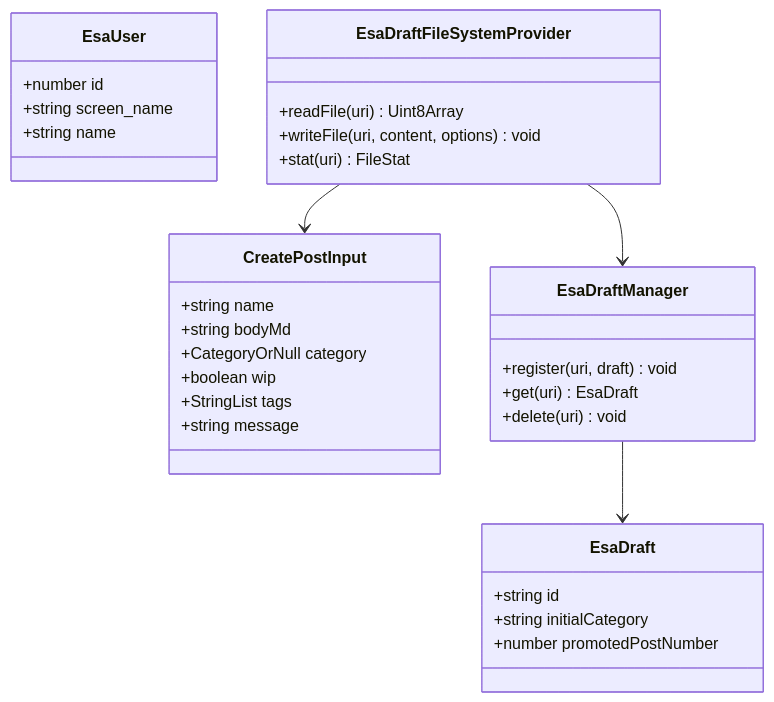
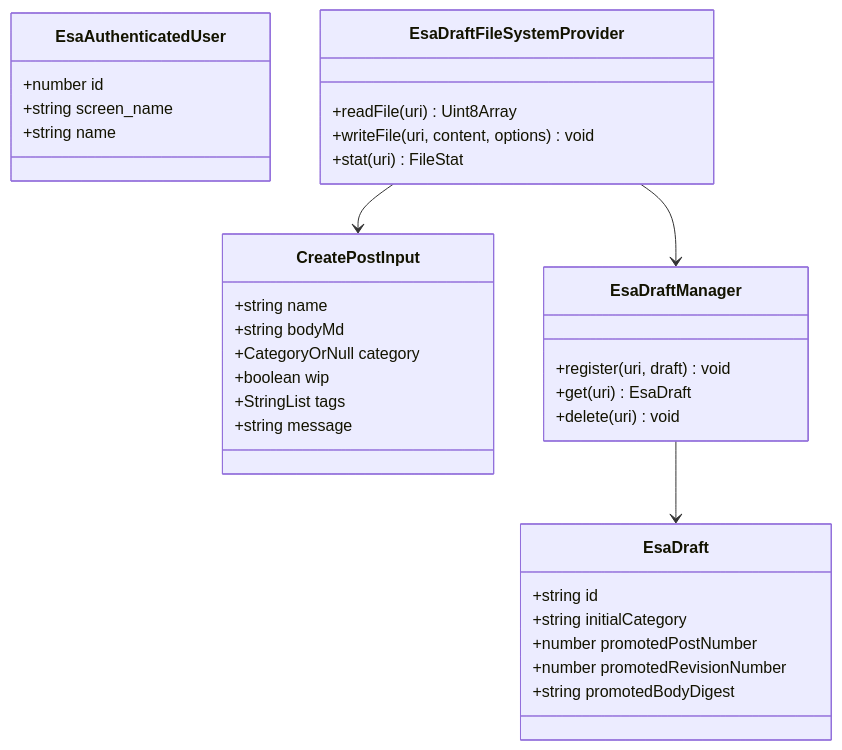
One commit to LevelCapCoJapanTools/vscode_esa_explorer changed the eighth of 8 diagrams in .github/copilot/plans/3-create-post.md. Above: the diagram before and after it, drawn with Mermaid. The commit also changed other lines of this file and 1 other file, not shown here.

````diff
--- a/.github/copilot/plans/3-create-post.md
+++ b/.github/copilot/plans/3-create-post.md
@@ -280,34 +319,36 @@
 ```mermaid
 classDiagram
     class CreatePostInput {
         +string name
         +string bodyMd
         +CategoryOrNull category
         +boolean wip
         +StringList tags
         +string message
     }
-    class EsaUser {
+    class EsaAuthenticatedUser {
         +number id
         +string screen_name
         +string name
     }
     class EsaDraft {
         +string id
         +string initialCategory
         +number promotedPostNumber
+        +number promotedRevisionNumber
+        +string promotedBodyDigest
     }
     class EsaDraftManager {
         +register(uri, draft) void
         +get(uri) EsaDraft
         +delete(uri) void
     }
     class EsaDraftFileSystemProvider {
         +readFile(uri) Uint8Array
         +writeFile(uri, content, options) void
         +stat(uri) FileStat
     }
     EsaDraftManager --> EsaDraft
     EsaDraftFileSystemProvider --> EsaDraftManager
     EsaDraftFileSystemProvider --> CreatePostInput
 ```
````
